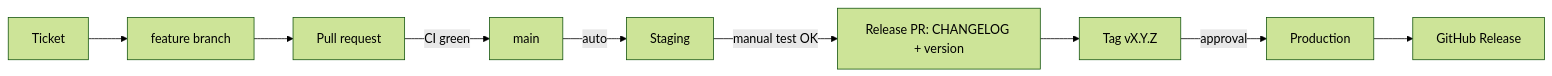
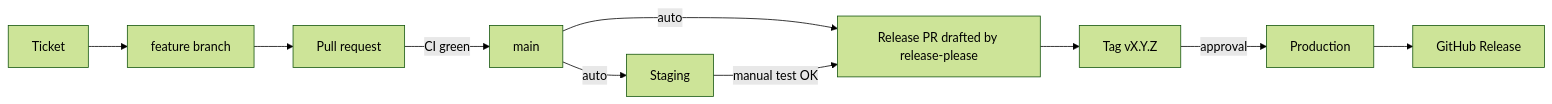
The diagram in docs/release-process.md (vasanthpai/PrepNest), drawn with Mermaid (forest theme) before and after one commit. The commit also changed other lines of this file and 8 other files, not shown here.

First line of the commit message:
ci: draft release PRs with release-please

````diff
--- a/docs/release-process.md
+++ b/docs/release-process.md
@@ -6,11 +6,12 @@
 ```mermaid
 flowchart LR
   T[Ticket] --> B[feature branch]
   B --> PR[Pull request]
   PR -->|CI green| M[main]
   M -->|auto| S[Staging]
-  S -->|manual test OK| R[Release PR: CHANGELOG + version]
+  M -->|auto| R[Release PR drafted by release-please]
+  S -->|manual test OK| R
   R --> TAG[Tag vX.Y.Z]
   TAG -->|approval| P[Production]
   P --> GR[GitHub Release]
 ```
````
